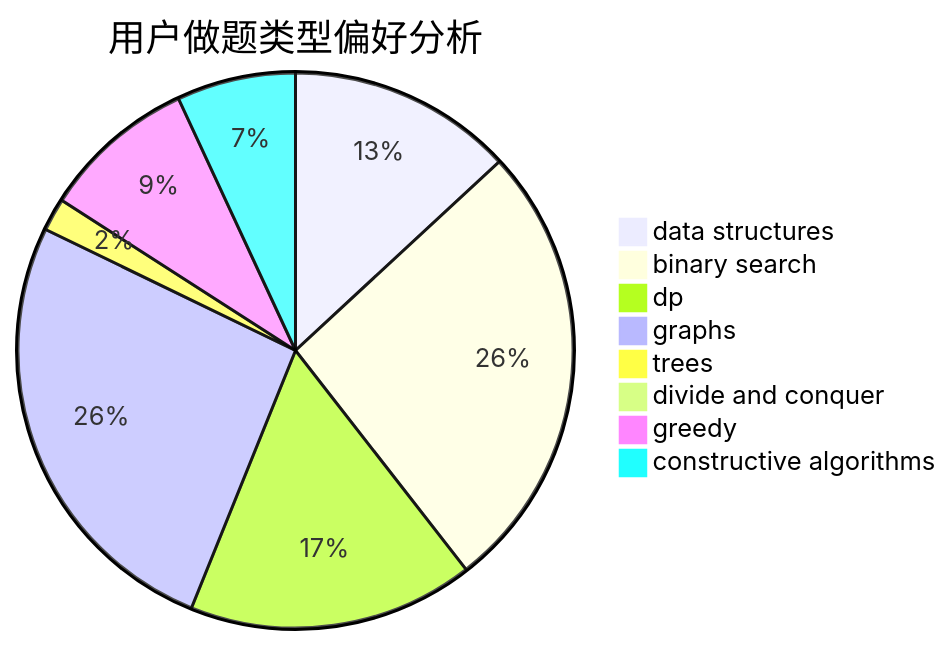
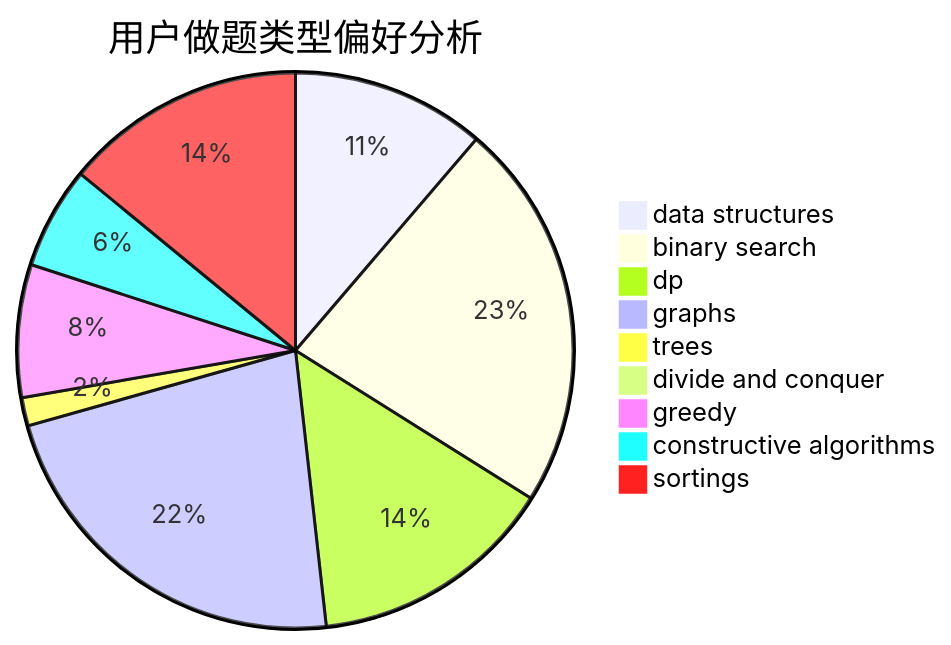
One commit to sherpahu/cfrs.github.io changed the second of 3 diagrams in docs/user/u580.md. Above: the diagram before and after it, drawn with Mermaid. The commit also changed other lines of this file and 2769 other files, not shown here.

````diff
--- a/docs/user/u580.md
+++ b/docs/user/u580.md
@@ -23,11 +18,12 @@
 ```mermaid
 pie title 用户做题类型偏好分析
     "data structures" :  89
     "binary search" :  179
     "dp" :  113
     "graphs" :  177
     "trees" :  13
     "divide and conquer" :  0
     "greedy" :  61
     "constructive algorithms" :  47
+    "sortings" :  111
 ```
````
